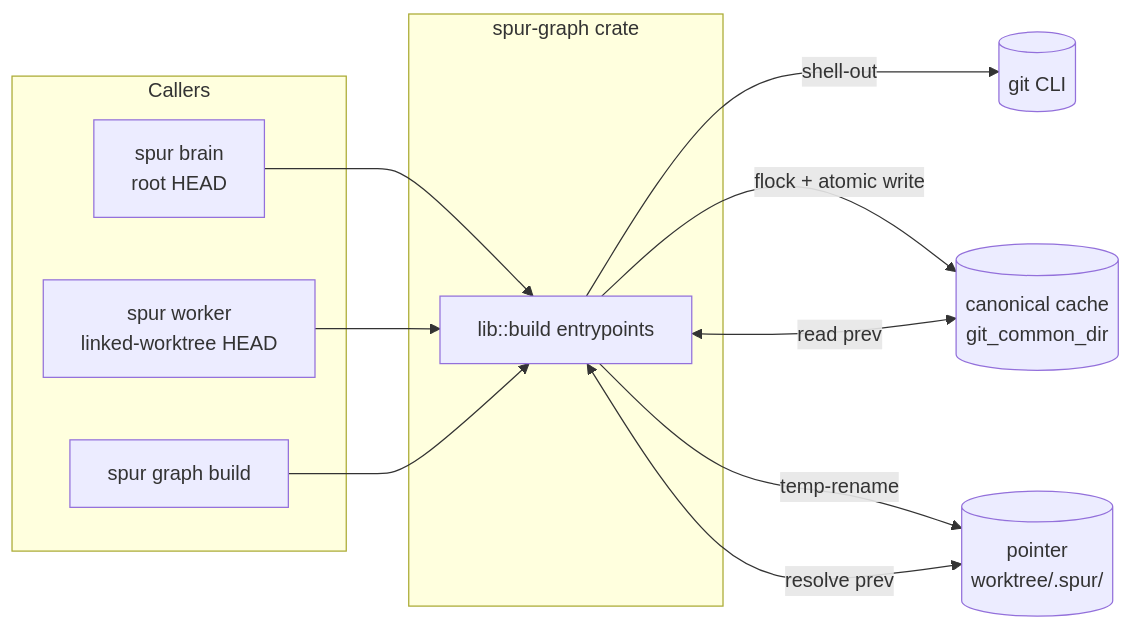
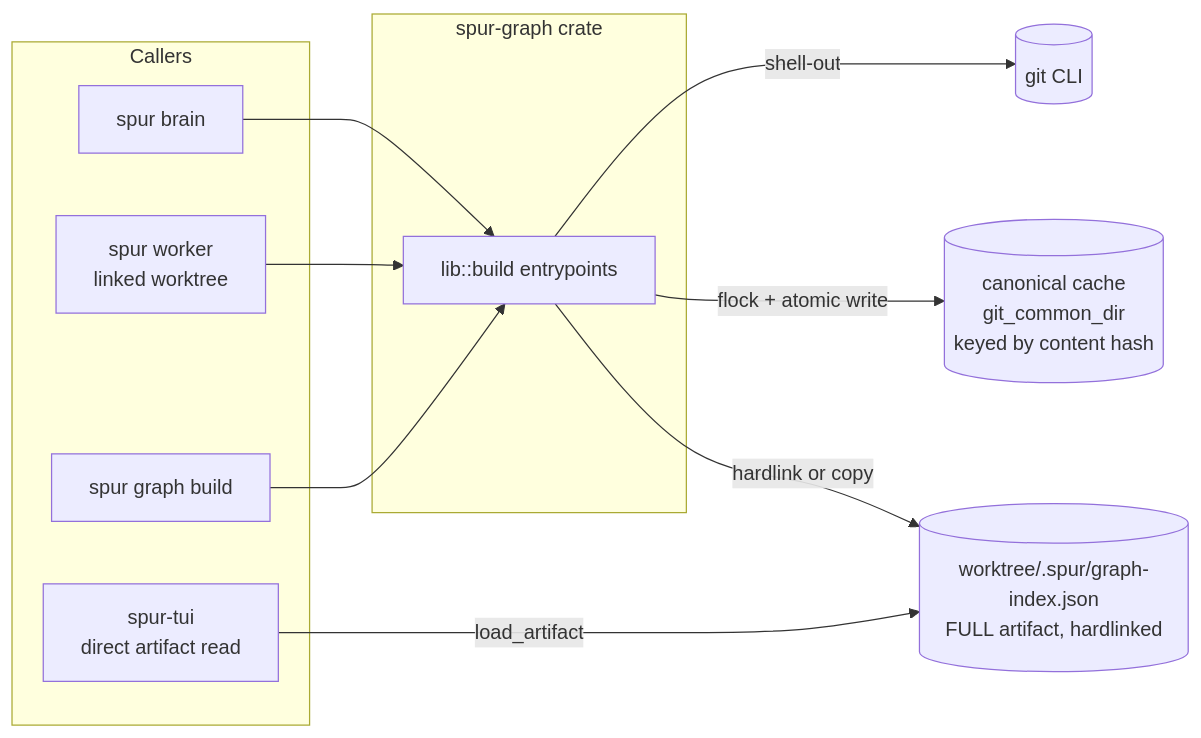
Before and after one commit to getspur/spur: the first of 7 diagrams in docs/architecture/spur-graph-git-invalidation.md, drawn with Mermaid. The commit also changed other lines of this file, not shown here.

````diff
--- a/docs/architecture/spur-graph-git-invalidation.md
+++ b/docs/architecture/spur-graph-git-invalidation.md
@@ -86,25 +97,25 @@
 ```mermaid
 flowchart LR
     subgraph Callers
-        BRAIN[spur brain<br/>root HEAD]
-        WORKER[spur worker<br/>linked-worktree HEAD]
+        BRAIN[spur brain]
+        WORKER[spur worker<br/>linked worktree]
         CLI[spur graph build]
+        TUI[spur-tui<br/>direct artifact read]
     end
 
     subgraph SpurGraph[spur-graph crate]
         FACADE[lib::build entrypoints]
     end
 
     GIT[(git CLI)]
-    CACHE[(canonical cache<br/>git_common_dir)]
-    PTR[(pointer<br/>worktree/.spur/)]
+    CACHE[(canonical cache<br/>git_common_dir<br/>keyed by content hash)]
+    WT[(worktree/.spur/graph-index.json<br/>FULL artifact, hardlinked)]
 
     BRAIN --> FACADE
     WORKER --> FACADE
     CLI --> FACADE
     FACADE -->|shell-out| GIT
     FACADE -->|flock + atomic write| CACHE
-    FACADE -->|temp-rename| PTR
-    FACADE <-->|read prev| CACHE
-    FACADE <-->|resolve prev| PTR
+    FACADE -->|hardlink or copy| WT
+    TUI -->|load_artifact| WT
 ```
````
